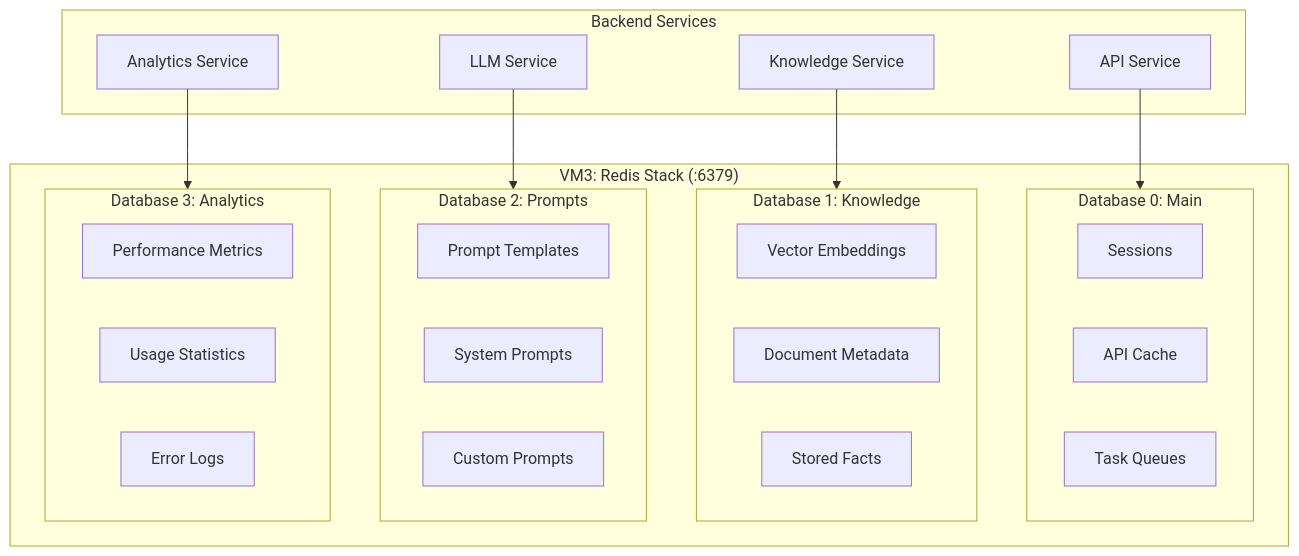
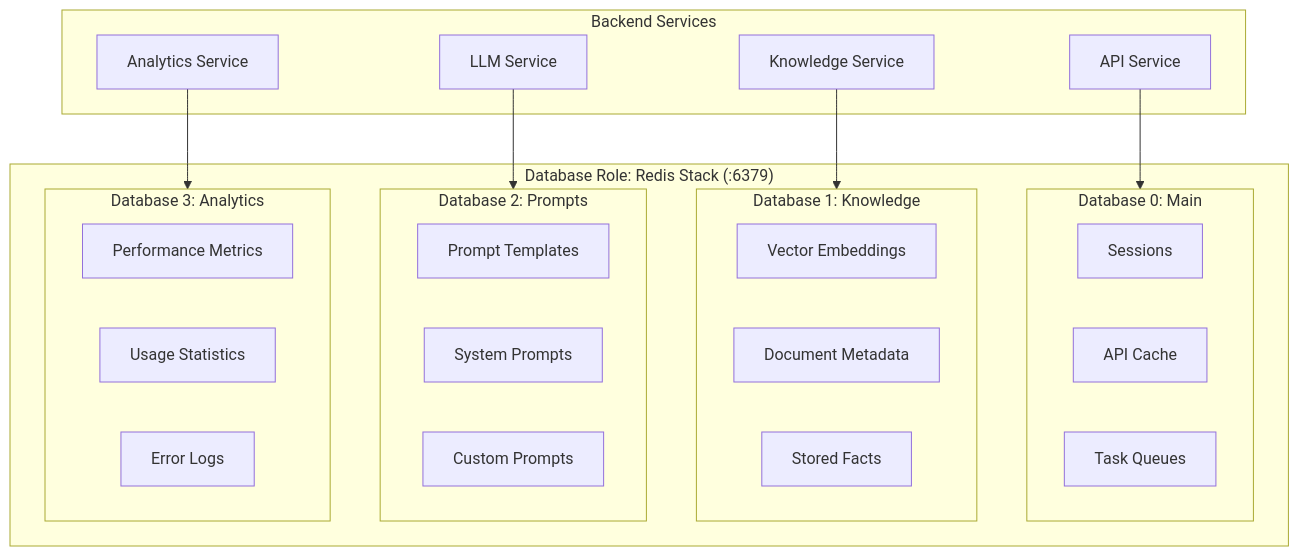
One commit to mrveiss/AutoBot-AI changed the eighth of 8 diagrams in docs/architecture/data-flows.md. Above: the diagram before and after it, drawn with Mermaid. The commit also changed other lines of this file and 13 other files, not shown here.

````diff
--- a/docs/architecture/data-flows.md
+++ b/docs/architecture/data-flows.md
@@ -357,40 +357,40 @@
 ```mermaid
 flowchart TB
-    subgraph Redis["VM3: Redis Stack (<database-ip>:6379)"]
+    subgraph Redis["Database Role: Redis Stack (<database-ip>:6379)"]
         subgraph DB0["Database 0: Main"]
             Sessions[Sessions]
             Cache[API Cache]
             Queues[Task Queues]
         end
 
         subgraph DB1["Database 1: Knowledge"]
             Vectors[Vector Embeddings]
             Documents[Document Metadata]
             Facts[Stored Facts]
         end
 
         subgraph DB2["Database 2: Prompts"]
             Templates[Prompt Templates]
             System[System Prompts]
             Custom[Custom Prompts]
         end
 
         subgraph DB3["Database 3: Analytics"]
             Metrics[Performance Metrics]
             Usage[Usage Statistics]
             Errors[Error Logs]
         end
     end
 
     subgraph Clients["Backend Services"]
         API_Client[API Service]
         KB_Client[Knowledge Service]
         LLM_Client[LLM Service]
         Analytics[Analytics Service]
     end
 
     API_Client --> DB0
     KB_Client --> DB1
     LLM_Client --> DB2
     Analytics --> DB3
 ```
````
